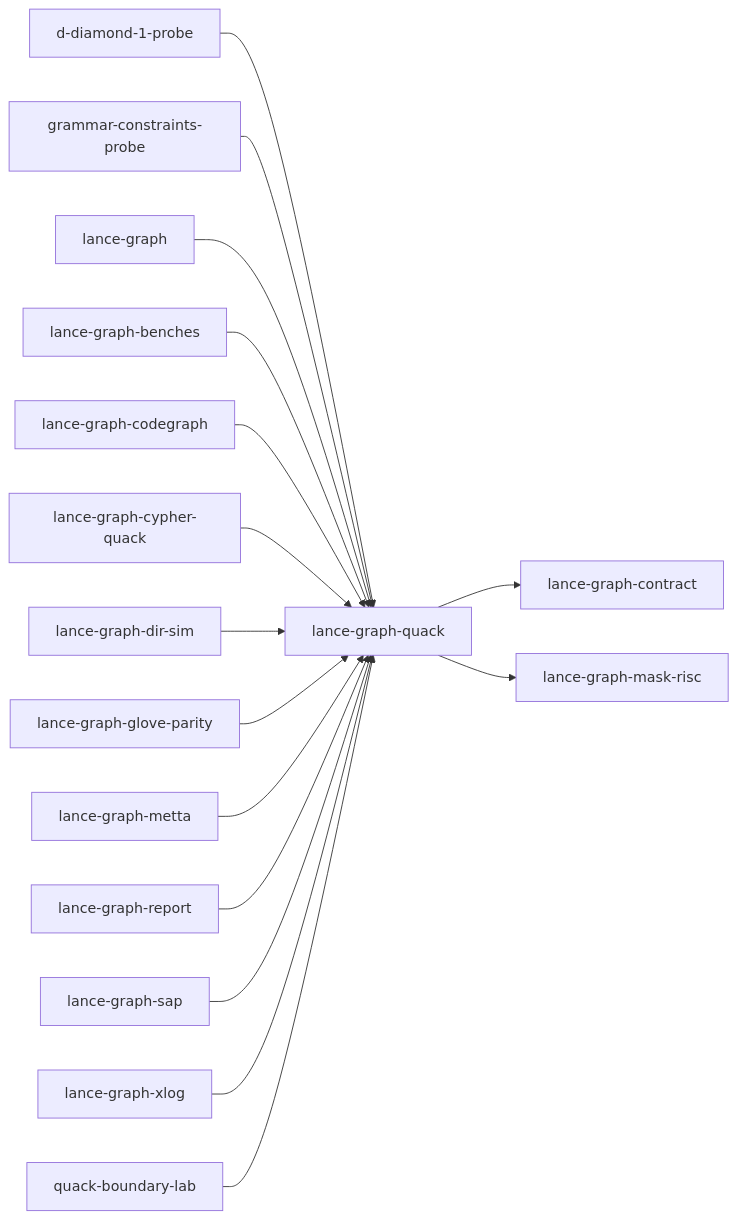
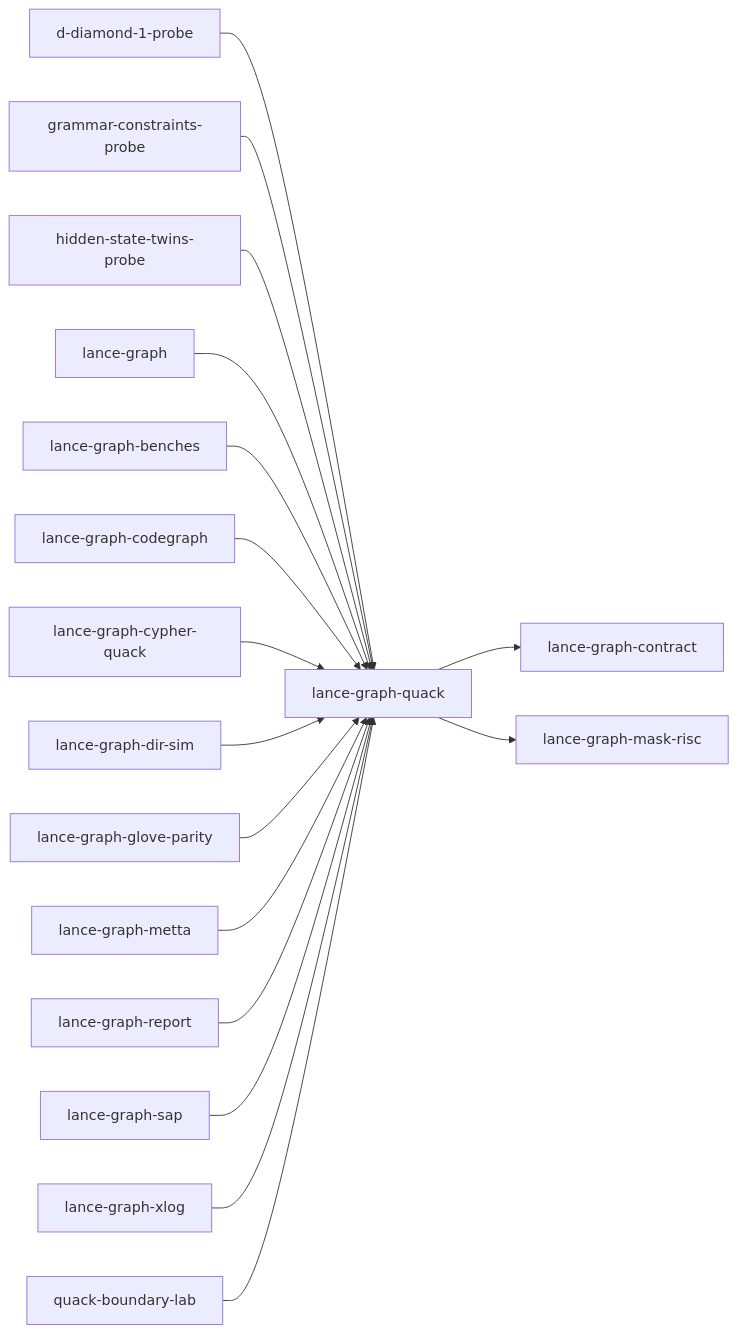
Before and after one commit to AdaWorldAPI/lance-graph: the diagram in .codegraph/crates/lance-graph-quack.index.md, drawn with Mermaid. The commit also changed other lines of this file and 111 other files, not shown here.

First line of the commit message:
board(quack): P1 results of D-QUACK-DERIVED-PLANE-PROBE; regenerate indexes

````diff
--- a/.codegraph/crates/lance-graph-quack.index.md
+++ b/.codegraph/crates/lance-graph-quack.index.md
@@ -222,34 +223,36 @@
 ```mermaid
 flowchart LR
   n10["d-diamond-1-probe"]
   n25["grammar-constraints-probe"]
-  n33["lance-graph"]
-  n37["lance-graph-benches"]
-  n41["lance-graph-codegraph"]
-  n44["lance-graph-contract"]
-  n45["lance-graph-cypher-quack"]
-  n46["lance-graph-dir-sim"]
-  n49["lance-graph-glove-parity"]
-  n52["lance-graph-mask-risc"]
-  n53["lance-graph-metta"]
-  n62["lance-graph-quack"]
-  n66["lance-graph-report"]
-  n68["lance-graph-sap"]
-  n71["lance-graph-xlog"]
-  n80["quack-boundary-lab"]
-  n10 --> n62
-  n25 --> n62
-  n33 --> n62
-  n37 --> n62
-  n41 --> n62
-  n45 --> n62
-  n46 --> n62
-  n49 --> n62
-  n53 --> n62
-  n62 --> n44
-  n62 --> n52
-  n66 --> n62
-  n68 --> n62
-  n71 --> n62
-  n80 --> n62
+  n27["hidden-state-twins-probe"]
+  n34["lance-graph"]
+  n38["lance-graph-benches"]
+  n42["lance-graph-codegraph"]
+  n45["lance-graph-contract"]
+  n46["lance-graph-cypher-quack"]
+  n47["lance-graph-dir-sim"]
+  n50["lance-graph-glove-parity"]
+  n53["lance-graph-mask-risc"]
+  n54["lance-graph-metta"]
+  n63["lance-graph-quack"]
+  n67["lance-graph-report"]
+  n69["lance-graph-sap"]
+  n72["lance-graph-xlog"]
+  n81["quack-boundary-lab"]
+  n10 --> n63
+  n25 --> n63
+  n27 --> n63
+  n34 --> n63
+  n38 --> n63
+  n42 --> n63
+  n46 --> n63
+  n47 --> n63
+  n50 --> n63
+  n54 --> n63
+  n63 --> n45
+  n63 --> n53
+  n67 --> n63
+  n69 --> n63
+  n72 --> n63
+  n81 --> n63
 ```
````
